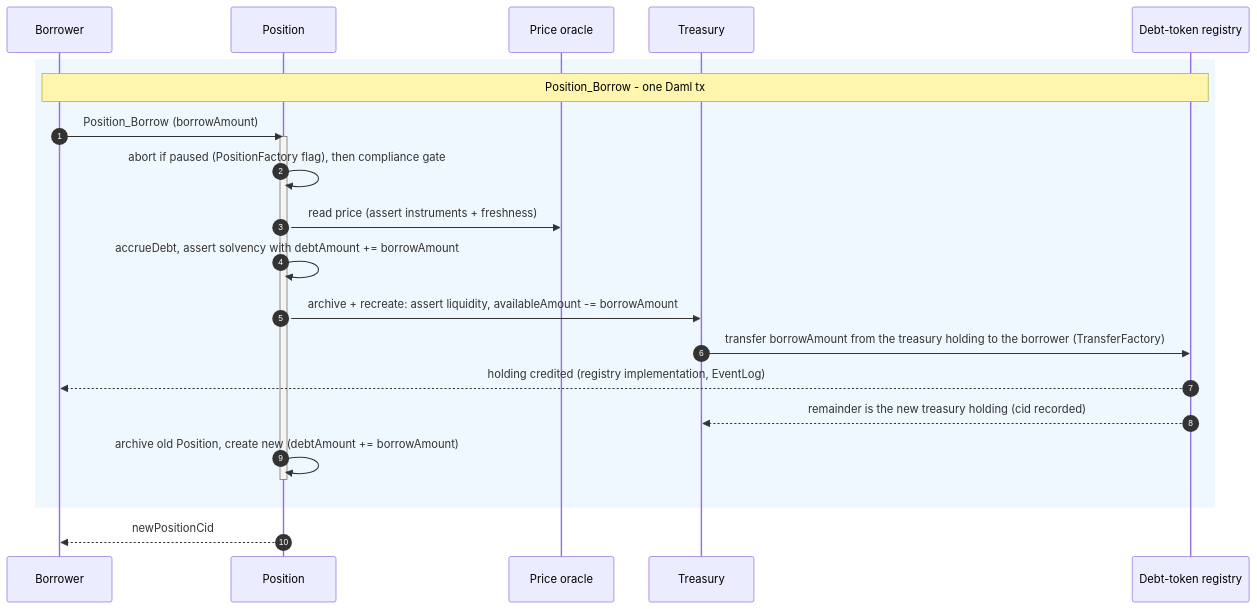
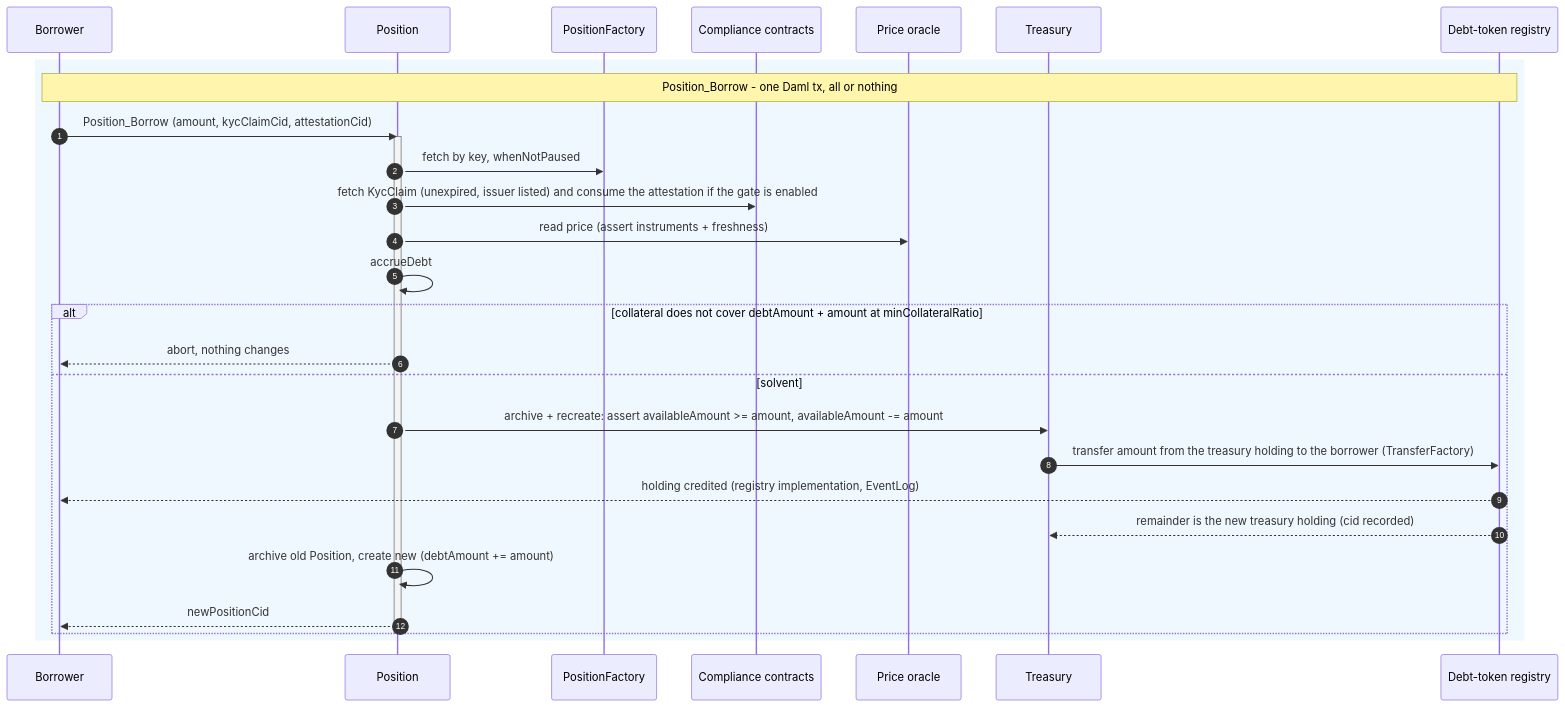
Before and after one commit to OpenZeppelin/canton-specs: the eighth of 9 diagrams in docs/reference-architectures/lending.md, drawn with Mermaid. The commit also changed other lines of this file, not shown here.

Commit message:
Make borrower only observer on their position. Other changes.

````diff
--- a/docs/reference-architectures/lending.md
+++ b/docs/reference-architectures/lending.md
@@ -452,25 +440,32 @@
 ```mermaid
 sequenceDiagram
     autonumber
     participant B as Borrower
     participant P as Position
+    participant F as PositionFactory
+    participant C as Compliance contracts
     participant O as Price oracle
     participant T as Treasury
     participant R as Debt-token registry
 
     rect rgb(240, 248, 255)
-    Note over B, R: Position_Borrow - one Daml tx
-    B->>P: Position_Borrow (borrowAmount)
+    Note over B, R: Position_Borrow - one Daml tx, all or nothing
+    B->>P: Position_Borrow (amount, kycClaimCid, attestationCid)
     activate P
-    P->>P: abort if paused (PositionFactory flag), then compliance gate
+    P->>F: fetch by key, whenNotPaused
+    P->>C: fetch KycClaim (unexpired, issuer listed) and consume the attestation if the gate is enabled
     P->>O: read price (assert instruments + freshness)
-    P->>P: accrueDebt, assert solvency with debtAmount += borrowAmount
-    P->>T: archive + recreate: assert liquidity, availableAmount -= borrowAmount
-    T->>R: transfer borrowAmount from the treasury holding to the borrower (TransferFactory)
-    R-->>B: holding credited (registry implementation, EventLog)
-    R-->>T: remainder is the new treasury holding (cid recorded)
-    P->>P: archive old Position, create new (debtAmount += borrowAmount)
+    P->>P: accrueDebt
+    alt collateral does not cover debtAmount + amount at minCollateralRatio
+        P-->>B: abort, nothing changes
+    else solvent
+        P->>T: archive + recreate: assert availableAmount >= amount, availableAmount -= amount
+        T->>R: transfer amount from the treasury holding to the borrower (TransferFactory)
+        R-->>B: holding credited (registry implementation, EventLog)
+        R-->>T: remainder is the new treasury holding (cid recorded)
+        P->>P: archive old Position, create new (debtAmount += amount)
+        P-->>B: newPositionCid
+    end
     deactivate P
     end
-    P-->>B: newPositionCid
 ```
````
